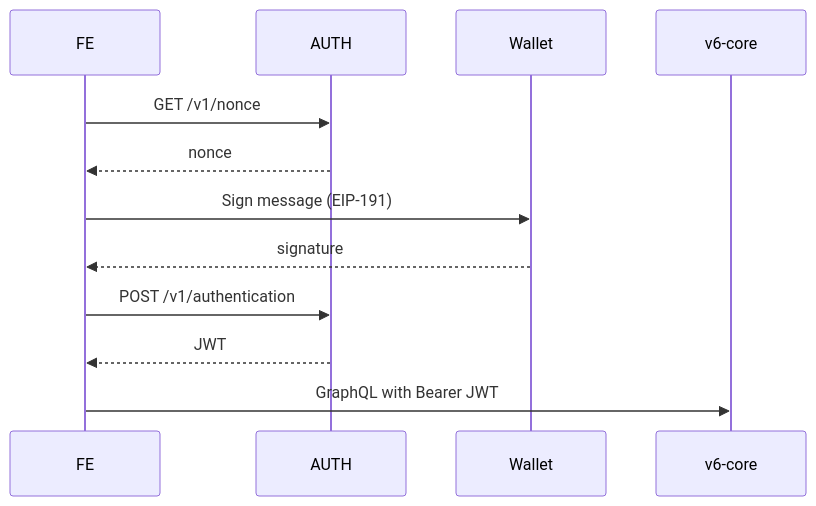
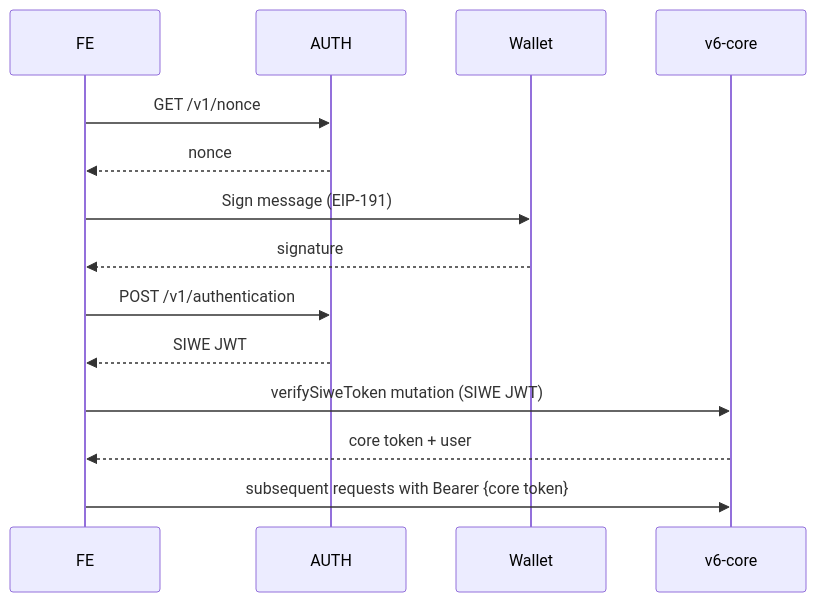
The second of 2 diagrams in docs/EXTERNAL-SERVICES.md (Giveth/giveth-v6-fe), drawn with Mermaid before and after one commit. The commit also changed other lines of this file, not shown here.

Commit message:
docs: update external services documentation with core token details and new client file

````diff
--- a/docs/EXTERNAL-SERVICES.md
+++ b/docs/EXTERNAL-SERVICES.md
@@ -69,10 +69,12 @@
 ```mermaid
 sequenceDiagram
   FE->>AUTH: GET /v1/nonce
   AUTH-->>FE: nonce
   FE->>Wallet: Sign message (EIP-191)
   Wallet-->>FE: signature
   FE->>AUTH: POST /v1/authentication
-  AUTH-->>FE: JWT
-  FE->>v6-core: GraphQL with Bearer JWT
+  AUTH-->>FE: SIWE JWT
+  FE->>v6-core: verifySiweToken mutation (SIWE JWT)
+  v6-core-->>FE: core token + user
+  FE->>v6-core: subsequent requests with Bearer {core token}
 ```
````
